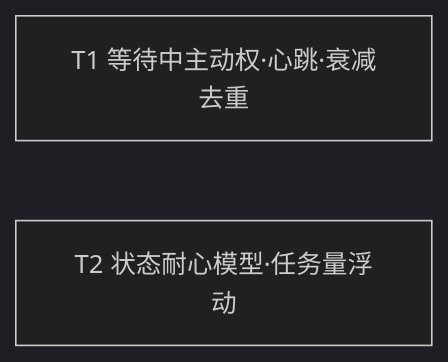
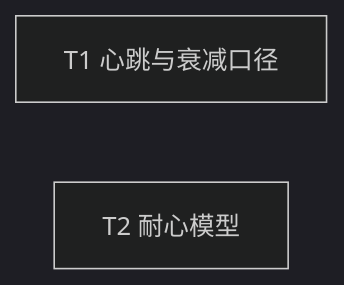
Before and after one commit to Curry09/AHE-Beta: the diagram in docs/specs/0012-user-wait-realism.md, drawn with Mermaid (dark theme). The commit also changed other lines of this file and 20 other files, not shown here.

````diff
--- a/docs/specs/0012-user-wait-realism.md
+++ b/docs/specs/0012-user-wait-realism.md
@@ -98,5 +74,5 @@
 ```mermaid
 graph LR
-  T1[T1 等待中主动权·心跳·衰减去重]
-  T2[T2 状态耐心模型·任务量浮动]
+  T1[T1 心跳与衰减口径]
+  T2[T2 耐心模型]
 ```
````
